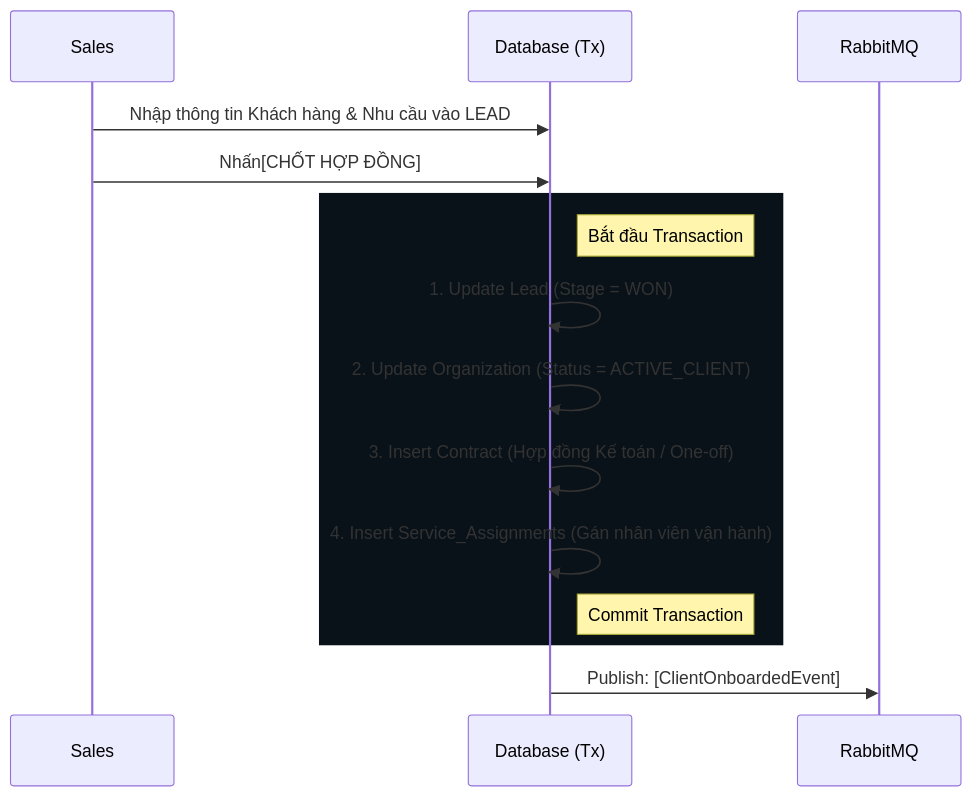
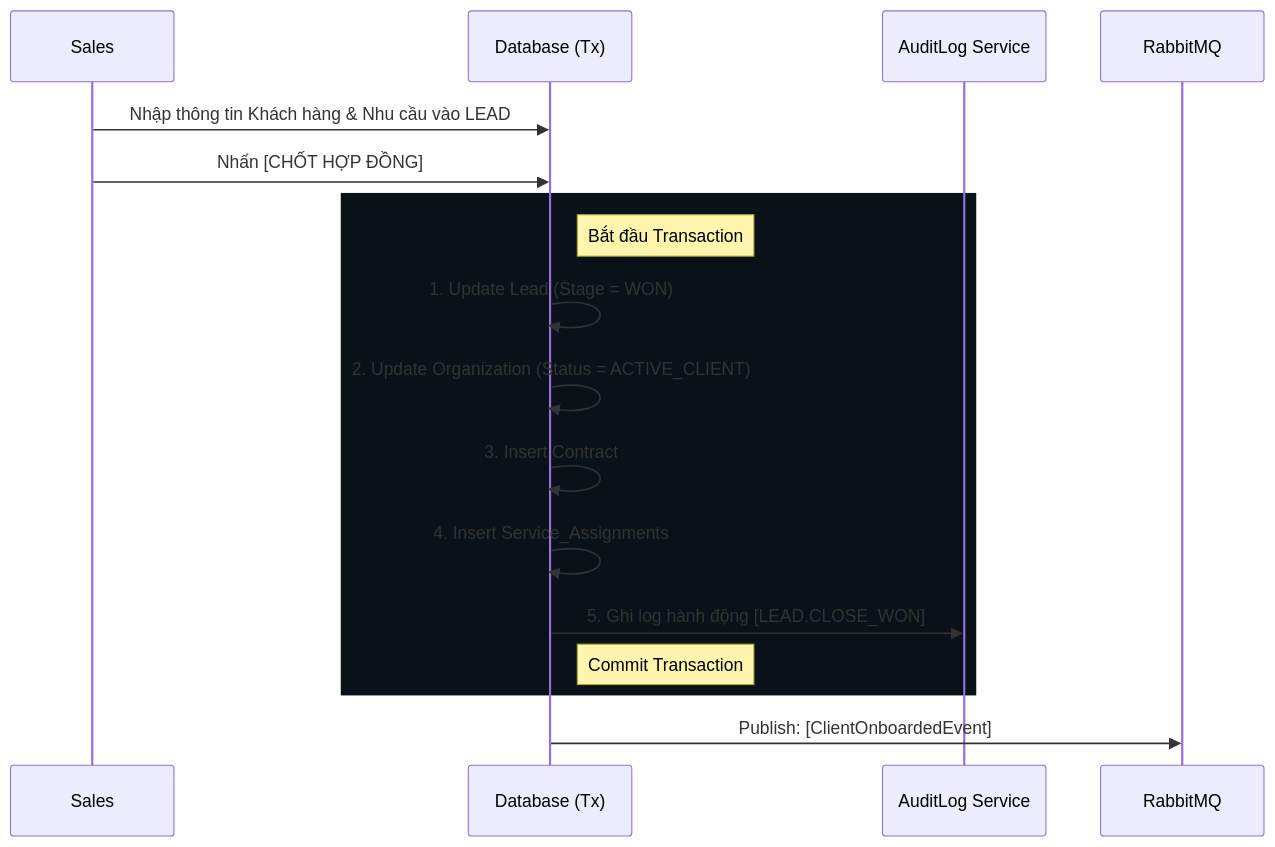
Before and after one commit to trongnghiango/rbac-nest-project: the second of 3 diagrams in docs/STAX/context/architecture.md, drawn with Mermaid. The commit also changed other lines of this file and 18 other files, not shown here.

````diff
--- a/docs/STAX/context/architecture.md
+++ b/docs/STAX/context/architecture.md
@@ -142,18 +150,20 @@
 ```mermaid
 sequenceDiagram
     participant Sales
     participant DB as Database (Tx)
+    participant Audit as AuditLog Service
     participant RMQ as RabbitMQ
 
     Sales->>DB: Nhập thông tin Khách hàng & Nhu cầu vào LEAD
-    Sales->>DB: Nhấn[CHỐT HỢP ĐỒNG]
+    Sales->>DB: Nhấn [CHỐT HỢP ĐỒNG]
     rect rgb(10, 18, 25)
         Note right of DB: Bắt đầu Transaction
         DB->>DB: 1. Update Lead (Stage = WON)
         DB->>DB: 2. Update Organization (Status = ACTIVE_CLIENT)
-        DB->>DB: 3. Insert Contract (Hợp đồng Kế toán / One-off)
-        DB->>DB: 4. Insert Service_Assignments (Gán nhân viên vận hành)
+        DB->>DB: 3. Insert Contract
+        DB->>DB: 4. Insert Service_Assignments
+        DB->>Audit: 5. Ghi log hành động [LEAD.CLOSE_WON]
         Note right of DB: Commit Transaction
     end
     DB->>RMQ: Publish: [ClientOnboardedEvent]
 ```
````
